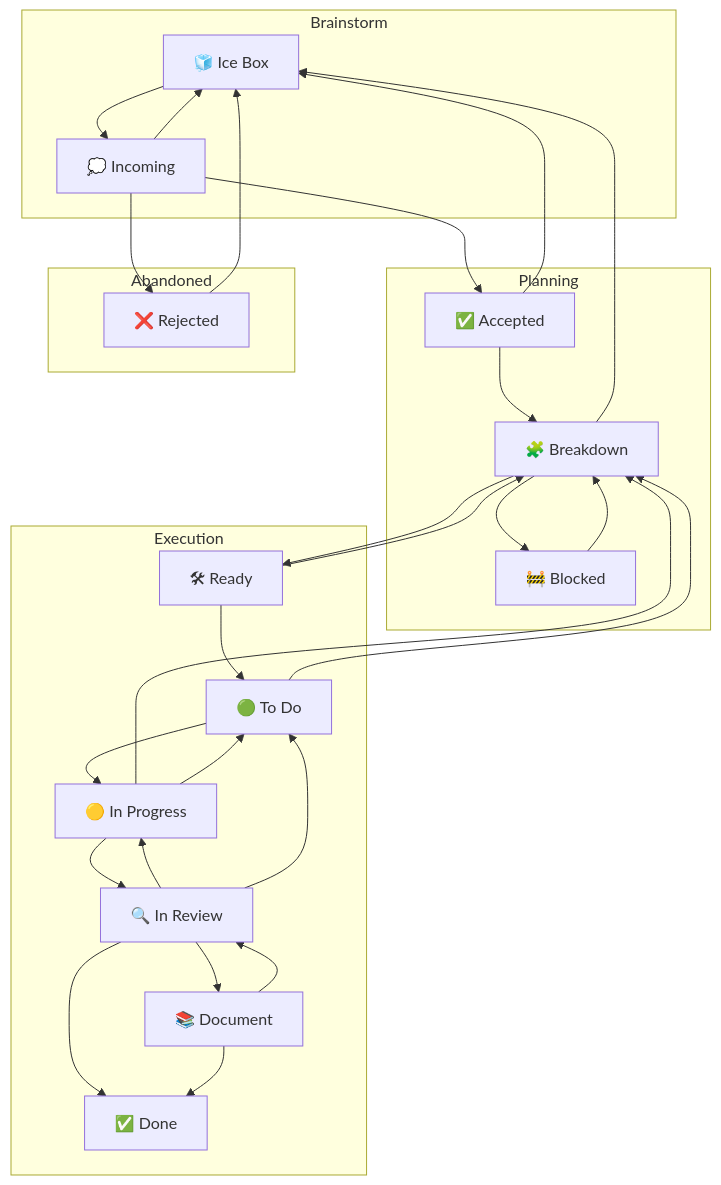
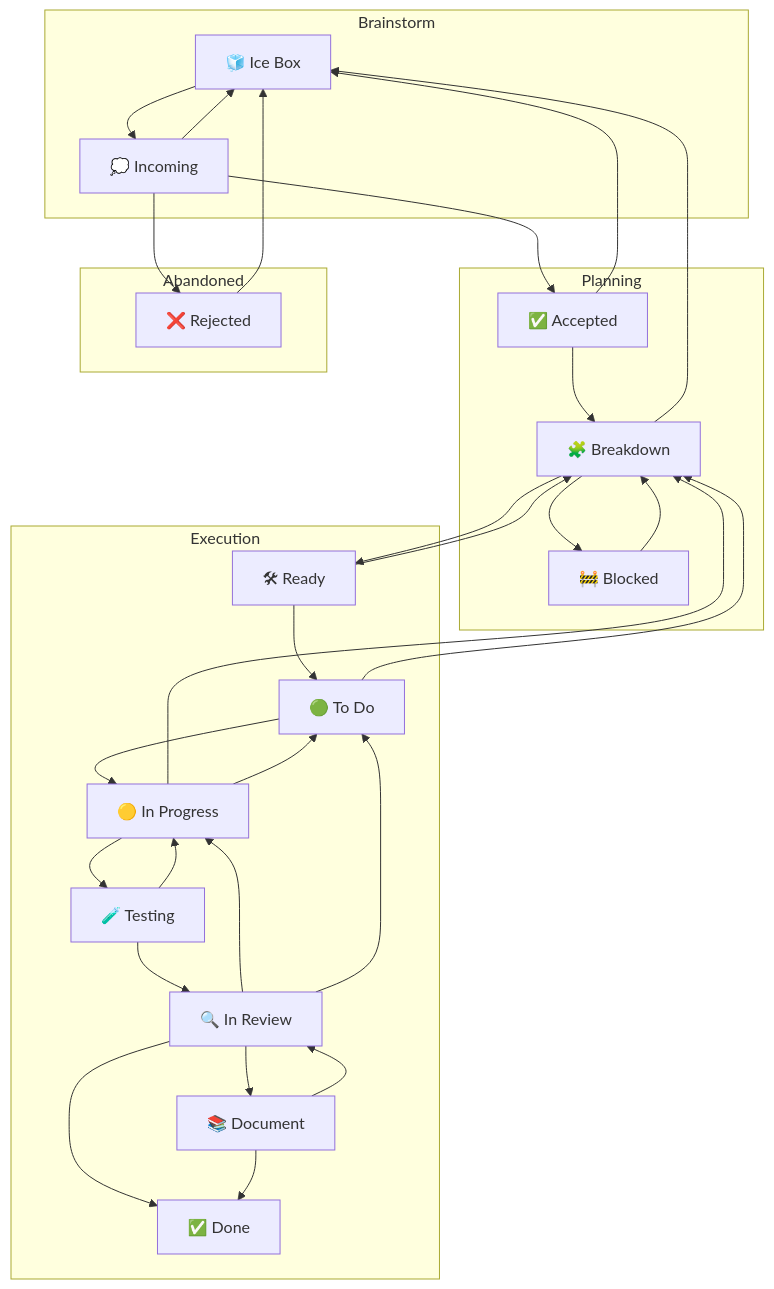
Before and after one commit to octave-commons/promethean: the diagram in docs/agile/process.md, drawn with Mermaid. The commit also changed other lines of this file and 499 other files, not shown here.

`````diff
--- a/docs/agile/process.md
+++ b/docs/agile/process.md
@@ -48,64 +60,67 @@
 ```mermaid
 flowchart TD
 
   %% ====== Lanes ======
   subgraph Brainstorm
     IceBox["🧊 Ice Box"]
     Incoming["💭 Incoming"]
   end
 
   subgraph Planning
     Accepted["✅ Accepted"]
     Breakdown["🧩 Breakdown"]
     Blocked["🚧 Blocked"]
   end
 
   subgraph Execution
     Ready["🛠 Ready"]
     Todo["🟢 To Do"]
     InProgress["🟡 In Progress"]
+    Testing["🧪 Testing"]
     InReview["🔍 In Review"]
     Document["📚 Document"]
     Done["✅ Done"]
   end
 
   subgraph Abandoned
     Rejected["❌ Rejected"]
   end
 
   %% ====== Forward flow ======
   IceBox --> Incoming
   Incoming --> Accepted
   Incoming --> Rejected
   Incoming --> IceBox
   Accepted --> Breakdown
   Breakdown --> Ready
   Ready --> Todo
   Todo --> InProgress
-  InProgress --> InReview
+  InProgress --> Testing
+  Testing --> InReview
   InReview --> Document
   InReview --> Done
   Document --> Done
 
   %% ====== Cycles back to Planning / queue ======
   Ready --> Breakdown
   Todo --> Breakdown
   InProgress --> Breakdown
+  Testing --> InProgress
 
   %% ====== Session-end, no-PR handoff ======
   InProgress --> Todo
   Document --> InReview
 
   %% ====== Review crossroads (re-open work) ======
   InReview --> InProgress
   InReview --> Todo
 
   %% ====== Defer / archive loops ======
   Accepted --> IceBox
   Breakdown --> IceBox
   Rejected --> IceBox
 
   %% ====== Blocked (narrow, explicit dependency) ======
   Breakdown --> Blocked
   Blocked --> Breakdown
-````
+```
`````
